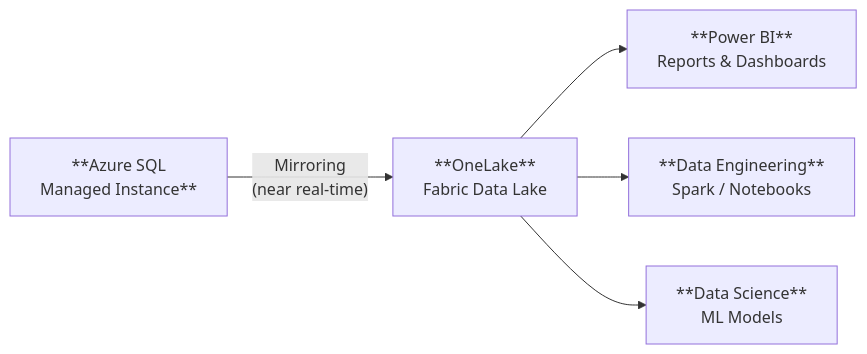
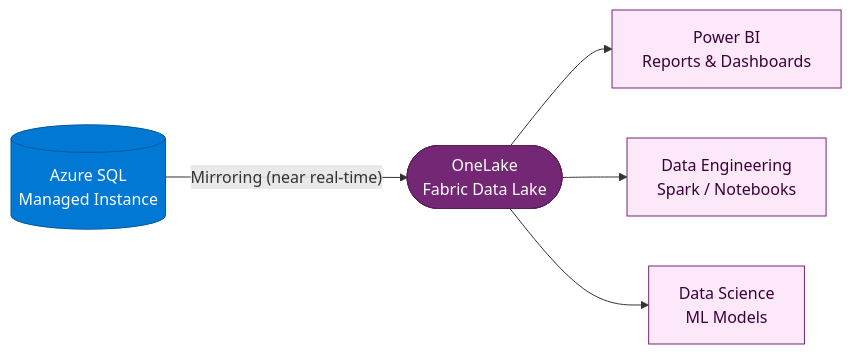
The diagram in site/src/content/docs/horizons/h1-fabric.md (jonathan-vella/build-test), drawn with Mermaid before and after one commit. The commit also changed 11 other files, not shown here.

````diff
--- a/site/src/content/docs/horizons/h1-fabric.md
+++ b/site/src/content/docs/horizons/h1-fabric.md
@@ -24,7 +24,15 @@
 ```mermaid
 graph LR
-  SQLMI["**Azure SQL<br/>Managed Instance**"] -->|"Mirroring<br/>(near real-time)"| ONELAKE["**OneLake**<br/>Fabric Data Lake"]
-  ONELAKE --> PBI["**Power BI**<br/>Reports & Dashboards"]
-  ONELAKE --> ENG["**Data Engineering**<br/>Spark / Notebooks"]
-  ONELAKE --> SCI["**Data Science**<br/>ML Models"]
+  classDef azure   fill:#0078d4,stroke:#005a9e,color:#fff
+  classDef onelake fill:#742774,stroke:#5a1e5a,color:#fff
+  classDef bi      fill:#fde8f9,stroke:#742774,color:#3a003a
+  SQLMI[("Azure SQL<br/>Managed Instance")]:::azure
+  ONELAKE(["OneLake<br/>Fabric Data Lake"]):::onelake
+  PBI["Power BI<br/>Reports & Dashboards"]:::bi
+  ENG["Data Engineering<br/>Spark / Notebooks"]:::bi
+  SCI["Data Science<br/>ML Models"]:::bi
+  SQLMI -->|"Mirroring (near real-time)"| ONELAKE
+  ONELAKE --> PBI
+  ONELAKE --> ENG
+  ONELAKE --> SCI
 ```
````
